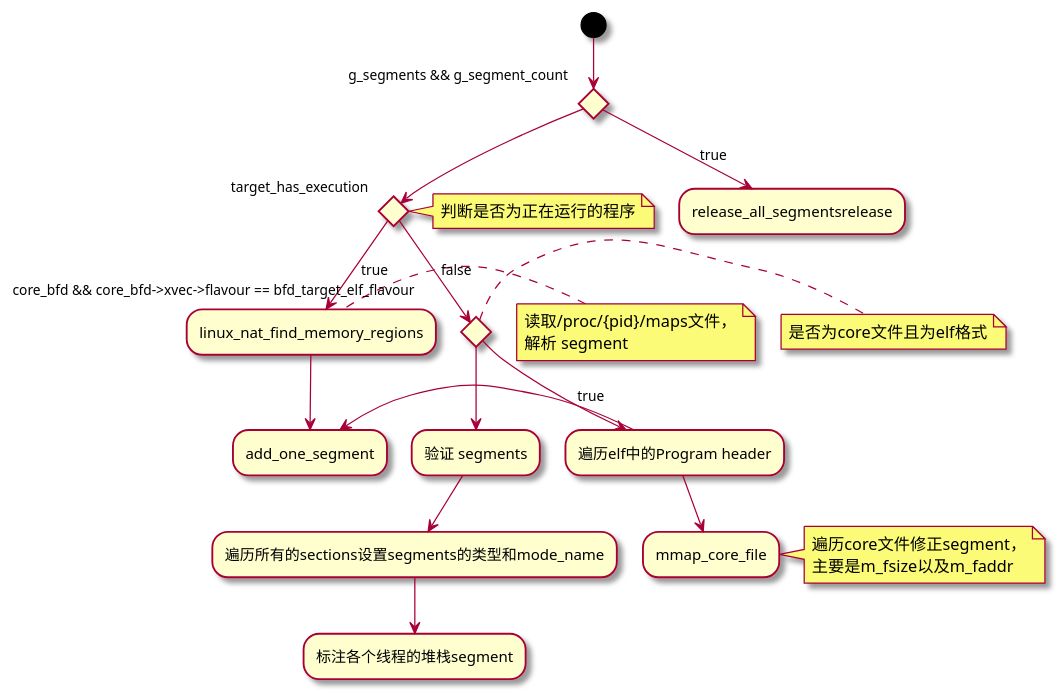
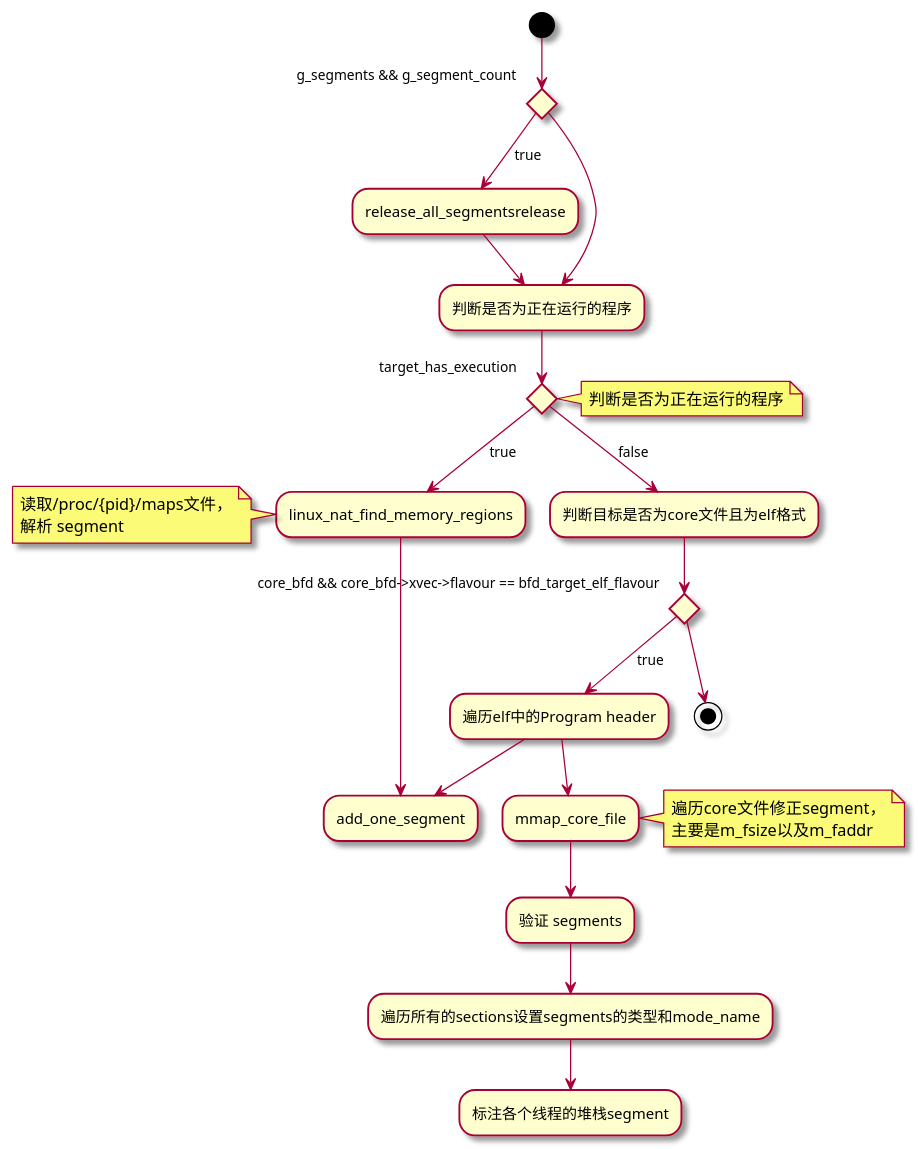
The diagram in src/code_analyzer/build_segments.puml (mingleeShade/MyPlantUML), drawn with PlantUML before and after one commit. The commit also changed 3 other files, not shown here.

Commit message:
core analyzer 以及 super 状态图更新

```diff
--- a/src/code_analyzer/build_segments.puml
+++ b/src/code_analyzer/build_segments.puml
@@ -1,28 +1,31 @@
 @startuml
 skin rose
 
 (*) --> if "g_segments && g_segment_count" then
     -->[true] "release_all_segmentsrelease"
+    --> "判断是否为正在运行的程序" as execution
 else
+    --> execution
 endif
 --> if "target_has_execution" then
     note right: 判断是否为正在运行的程序
     -->[true] "linux_nat_find_memory_regions"
     note left: 读取/proc/{pid}/maps文件，\n解析 segment
     -->add_one_segment
 else
+    -->[false] "判断目标是否为core文件且为elf格式" as core
 endif
 
--->[false] if "core_bfd && core_bfd->xvec->flavour == bfd_target_elf_flavour"
-    note right: 是否为core文件且为elf格式
+core --> if "core_bfd && core_bfd->xvec->flavour == bfd_target_elf_flavour"
     -->[true] "遍历elf中的Program header" as bianli
-    -left->add_one_segment
-    bianli-->mmap_core_file
+    -->add_one_segment
+    bianli-->"mmap_core_file" as mmap
     note right: 遍历core文件修正segment，\n主要是m_fsize以及m_faddr
 else
+    -->(*)
 endif
---> "验证 segments"
+mmap --> "验证 segments"
 --> "遍历所有的sections设置segments的类型和mode_name"
 --> "标注各个线程的堆栈segment"
 
 @enduml
```
